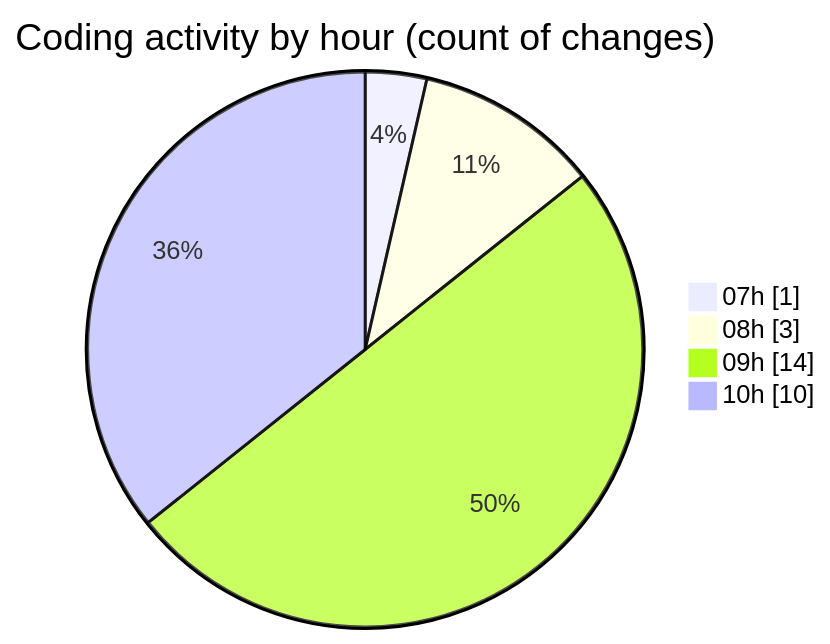
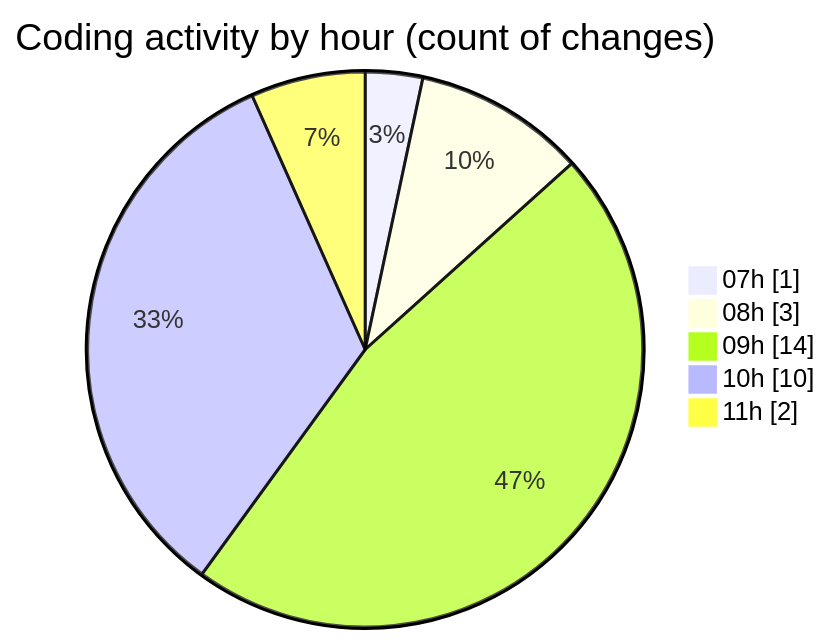
One commit to tmsrecording-cyber/code-tracking changed the second of 2 diagrams in 2026-02-02/singularitybrainai/README.md. Above: the diagram before and after it, drawn with Mermaid. The commit also changed other lines of this file and 1 other file, not shown here.

````diff
--- a/2026-02-02/singularitybrainai/README.md
+++ b/2026-02-02/singularitybrainai/README.md
@@ -37,8 +39,9 @@
 ```mermaid
 pie showData
 title Coding activity by hour (count of changes)
 "07h" : 1
 "08h" : 3
 "09h" : 14
 "10h" : 10
+"11h" : 2
 ```
````
